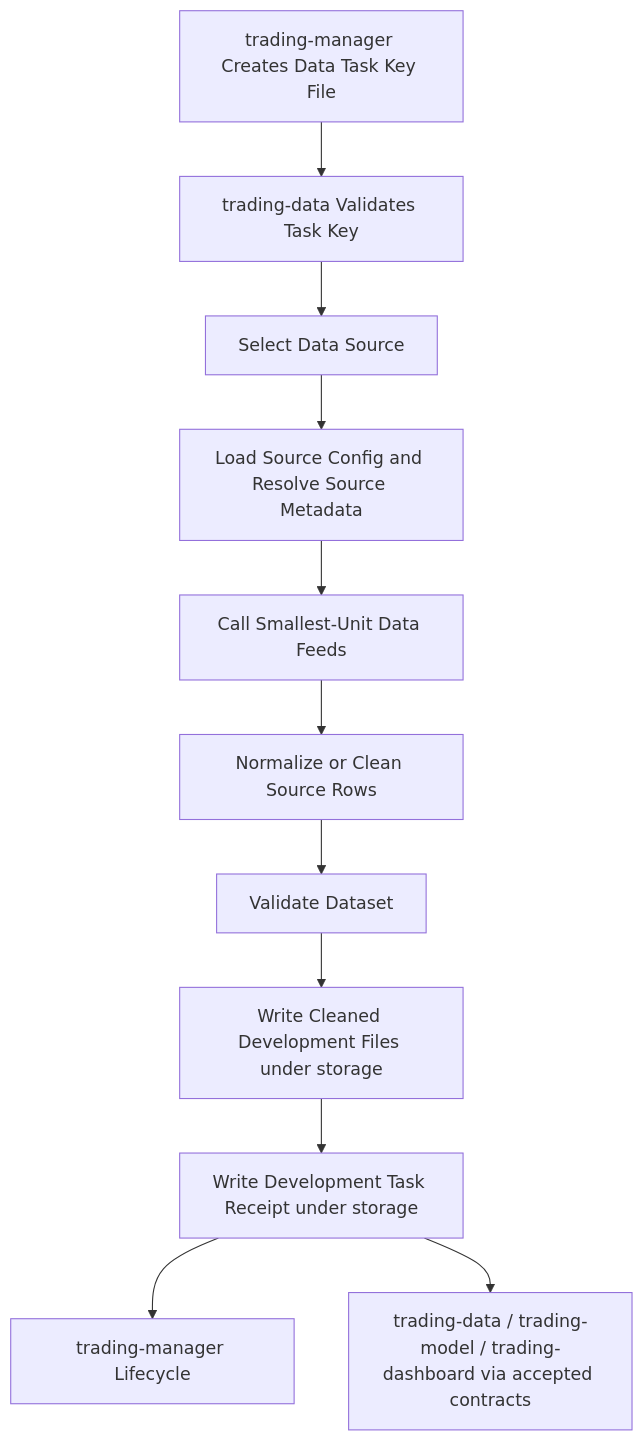
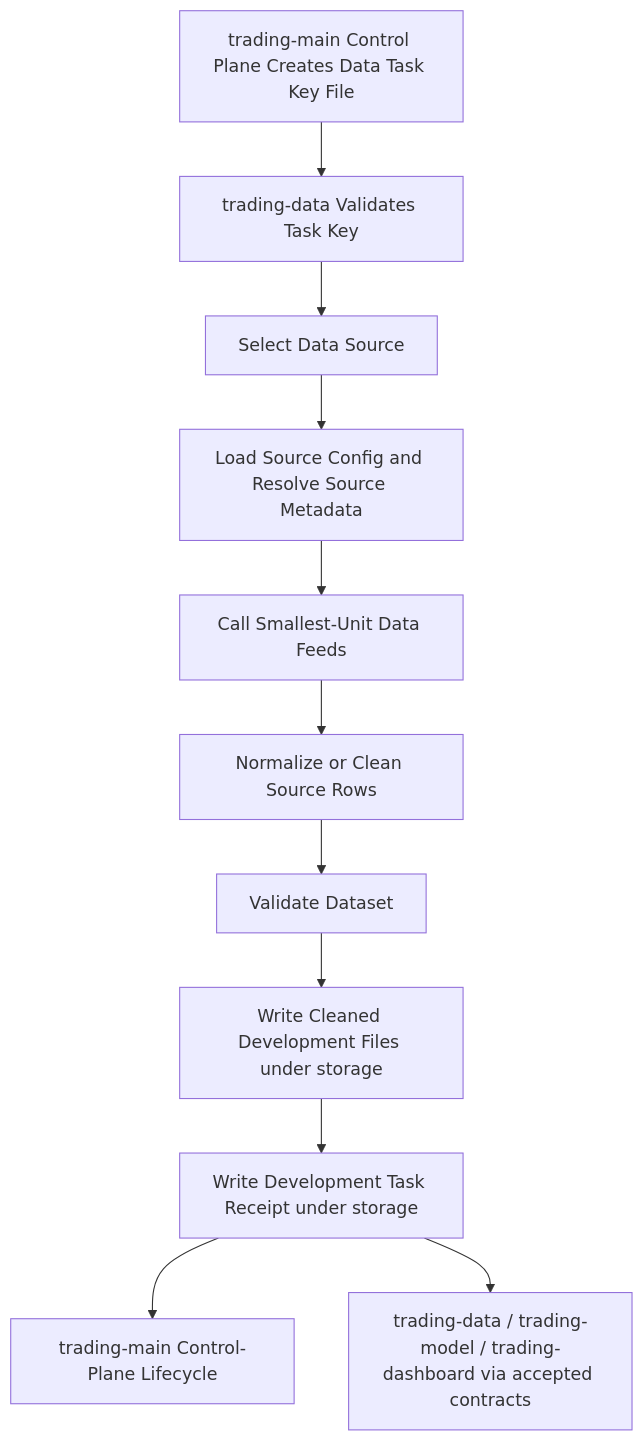
Before and after one commit to gilmore307/trading-data: the diagram in docs/02_workflow.md, drawn with Mermaid. The commit also changed other lines of this file and 12 other files, not shown here.

Commit message:
Route data requests through trading-main control plane

````diff
--- a/docs/02_workflow.md
+++ b/docs/02_workflow.md
@@ -33,13 +33,13 @@
 ```mermaid
 flowchart TD
-  A[trading-manager Creates Data Task Key File] --> B[trading-data Validates Task Key]
+  A[trading-main Control Plane Creates Data Task Key File] --> B[trading-data Validates Task Key]
   B --> C[Select Data Source]
   C --> D[Load Source Config and Resolve Source Metadata]
   D --> E[Call Smallest-Unit Data Feeds]
   E --> F[Normalize or Clean Source Rows]
   F --> G[Validate Dataset]
   G --> H[Write Cleaned Development Files under storage]
   H --> I[Write Development Task Receipt under storage]
-  I --> J[trading-manager Lifecycle]
+  I --> J[trading-main Control-Plane Lifecycle]
   I --> K[trading-data / trading-model / trading-dashboard via accepted contracts]
 ```
````
